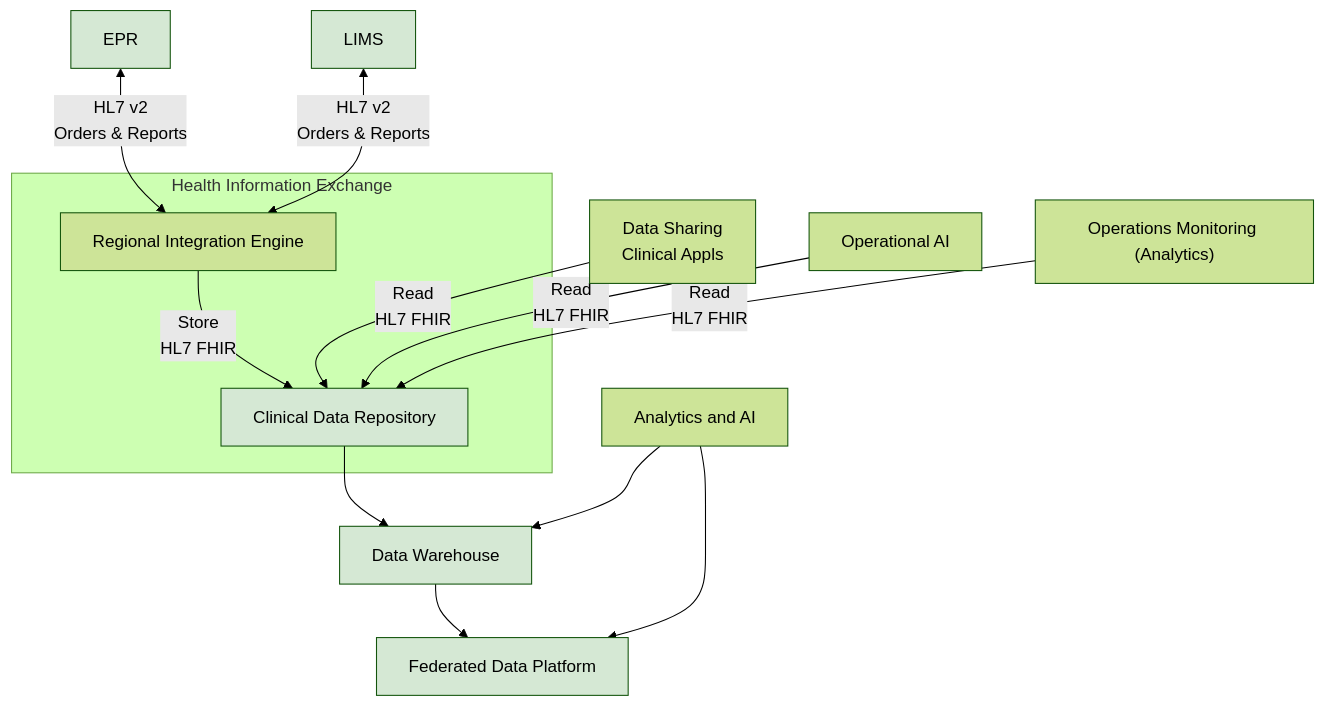
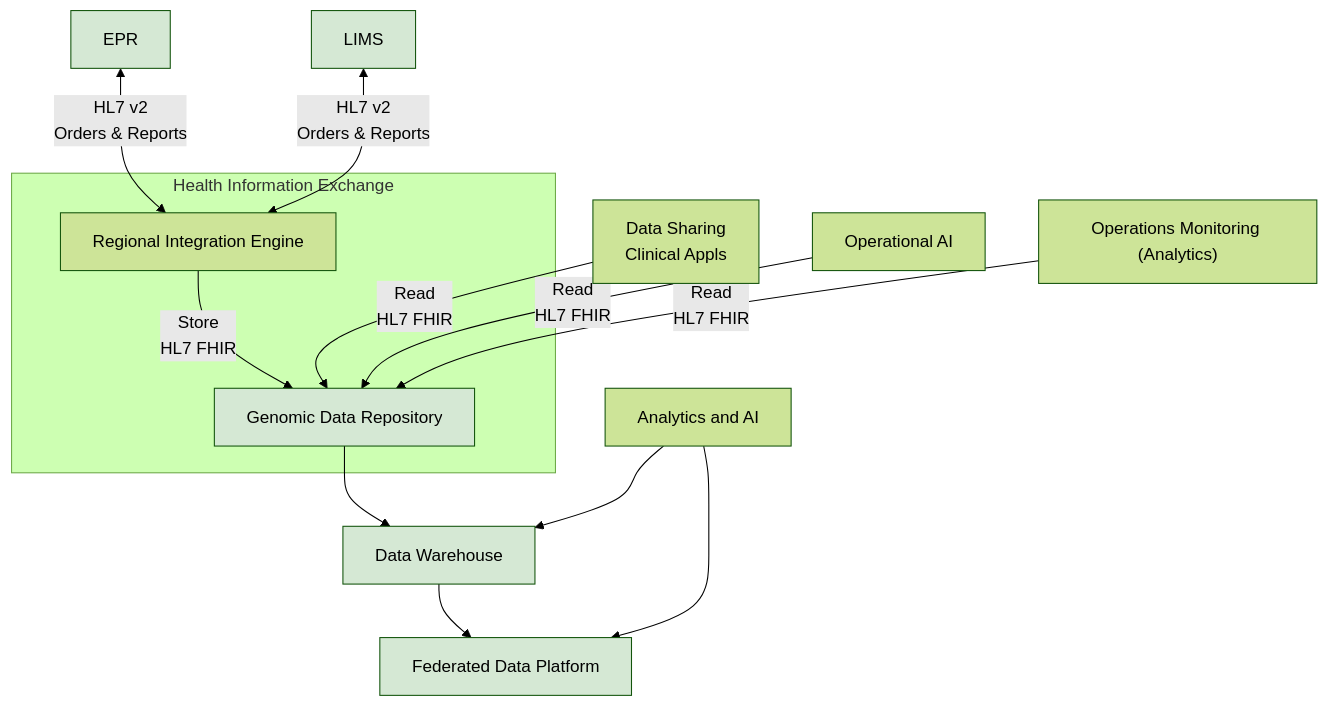
One commit to uk-gov-mirror/nw-gmsa.nw-gmsa.github.com changed the first of 2 diagrams in input/pagecontent/data-contracts.md. Above: the diagram before and after it, drawn with Mermaid (forest theme).

Commit message:
Wording change

````diff
--- a/input/pagecontent/data-contracts.md
+++ b/input/pagecontent/data-contracts.md
@@ -4,21 +4,21 @@
 ```mermaid
 graph TD
     EHR[EPR] <--> |HL7 v2<br/>Orders & Reports| RIE
     LIMS[LIMS] <--> |HL7 v2<br/>Orders & Reports| RIE
 
     subgraph HIE["Health Information Exchange"]
-        RIE[Regional Integration Engine] --> |Store<br/>HL7 FHIR| CDR[Clinical Data Repository]
+        RIE[Regional Integration Engine] --> |Store<br/>HL7 FHIR| CDR[Genomic Data Repository]
     end
     Clinician[Data Sharing<br/>Clinical Appls] --> |Read<br/>HL7 FHIR| CDR
     AI[Operational AI] --> |Read<br/>HL7 FHIR| CDR
     Ops["Operations Monitoring (Analytics)"] --> |Read<br/>HL7 FHIR| CDR
 
     CDR --> OLAP[Data Warehouse]
     A[Analytics and AI] --> OLAP
     OLAP --> FDP[Federated Data Platform]
     A --> FDP
 
     classDef green fill:#D5E8D4;
 
     class FDP,OLAP,CDR,LIMS,EHR green
 ```
````
